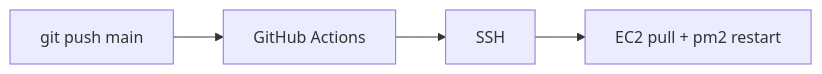
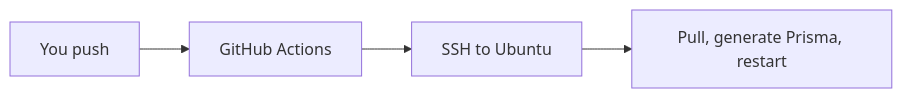
One commit to sreecharan-desu/hackx-slides changed the diagram in content/tracks/backend-from-zero/lessons/22-cicd-why.md. Above: the diagram before and after it, drawn with Mermaid. The commit also changed other lines of this file and 35 other files, not shown here.

````diff
--- a/content/tracks/backend-from-zero/lessons/22-cicd-why.md
+++ b/content/tracks/backend-from-zero/lessons/22-cicd-why.md
@@ -10,6 +10,6 @@
 ```mermaid
 flowchart LR
-  P[git push main] --> A[GitHub Actions]
-  A --> S[SSH]
-  S --> H[EC2 pull + pm2 restart]
+  P[You push] --> A[GitHub Actions]
+  A --> S[SSH to Ubuntu]
+  S --> H[Pull, generate Prisma, restart]
 ```
````
